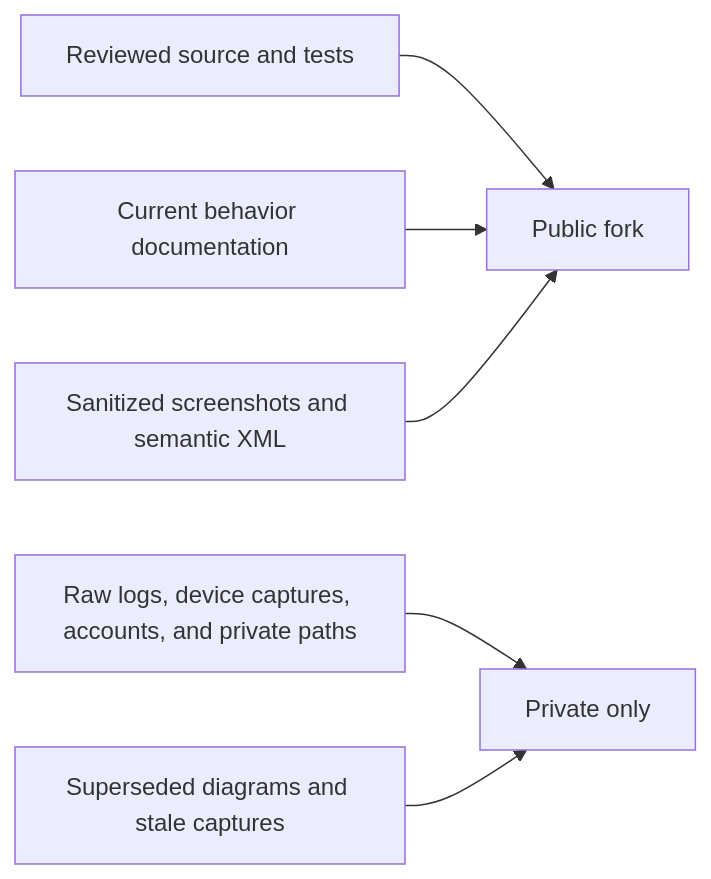
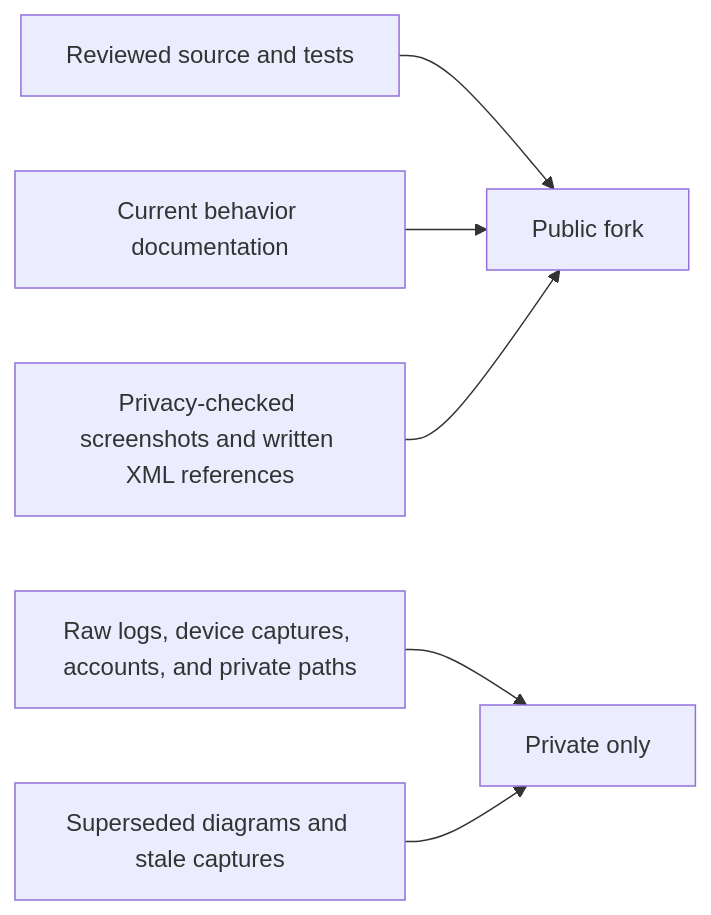
The sixth of 6 diagrams in docs/kmk/architecture.md (FancyCorey/komikku-KMK), drawn with Mermaid before and after one commit. The commit also changed other lines of this file and 23 other files, not shown here.

````diff
--- a/docs/kmk/architecture.md
+++ b/docs/kmk/architecture.md
@@ -115,8 +115,8 @@
 ```mermaid
 flowchart LR
     Source["Reviewed source and tests"] --> Public["Public fork"]
     Docs["Current behavior documentation"] --> Public
-    Safe["Sanitized screenshots and semantic XML"] --> Public
+    Safe["Privacy-checked screenshots and written XML references"] --> Public
     Raw["Raw logs, device captures, accounts, and private paths"] --> Hold["Private only"]
     Stale["Superseded diagrams and stale captures"] --> Hold
 ```
````
